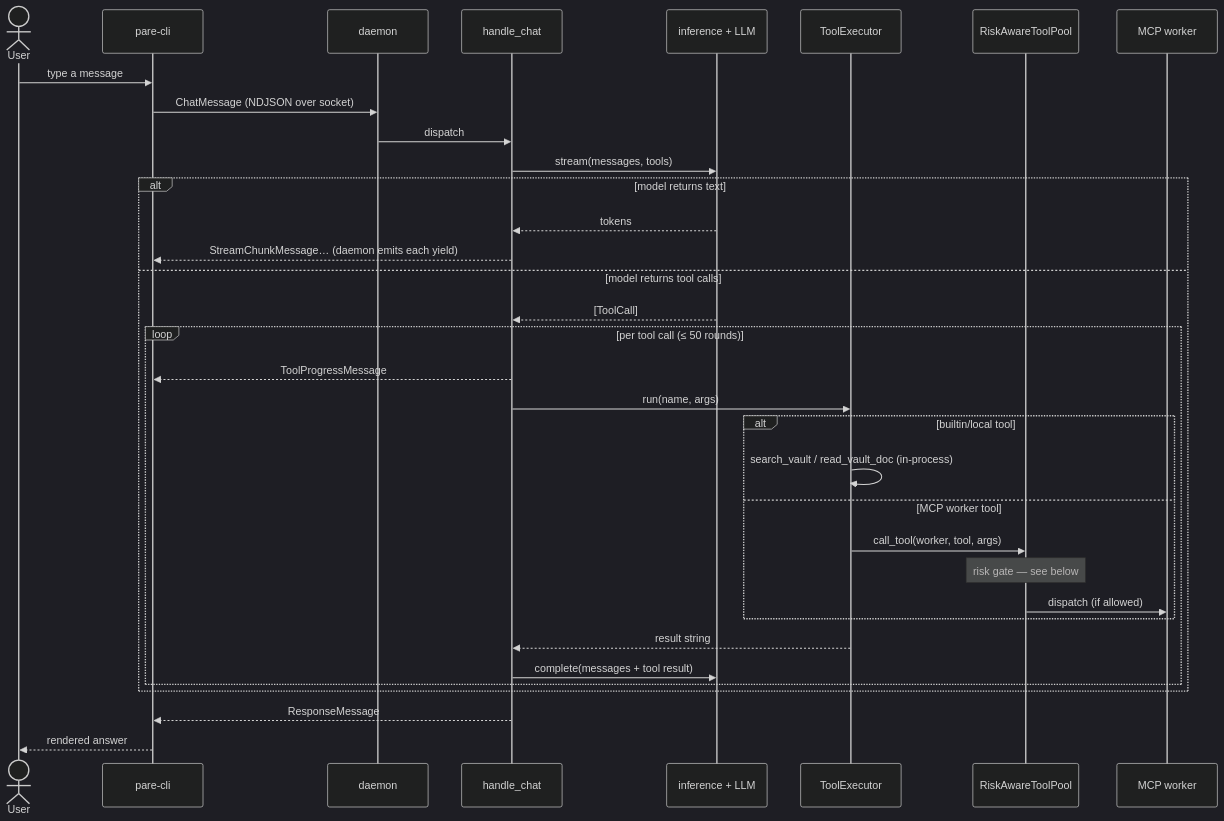
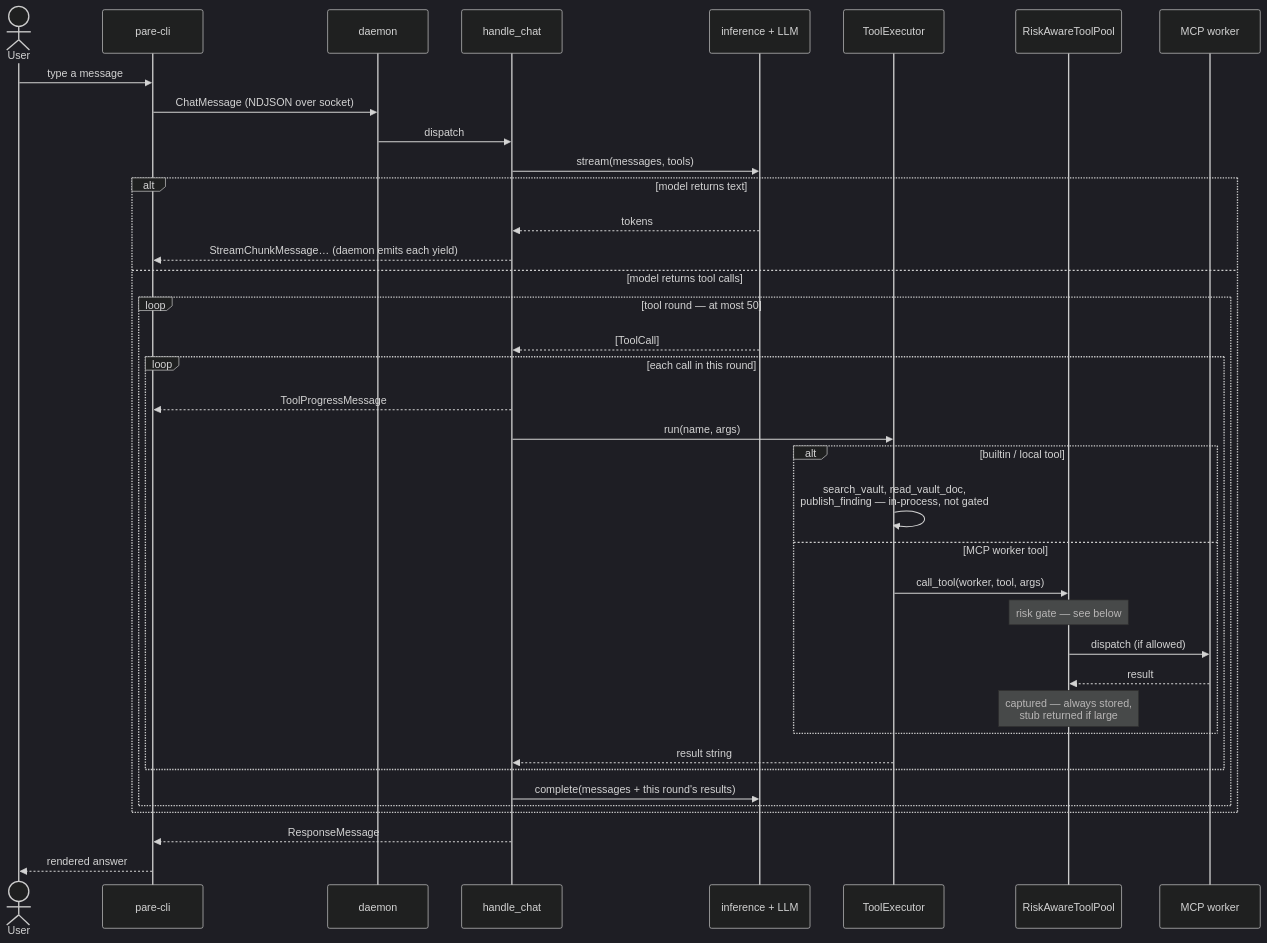
Before and after one commit to EdibleTuber/PARE: the first of 4 diagrams in ARCHITECTURE.md, drawn with Mermaid (dark theme). The commit also changed other lines of this file, not shown here.

First line of the commit message:
docs(architecture): make the diagrams true

````diff
--- a/ARCHITECTURE.md
+++ b/ARCHITECTURE.md
@@ -21,37 +27,41 @@
 ```mermaid
 sequenceDiagram
     actor User
     participant CLI as pare-cli
     participant D as daemon
     participant H as handle_chat
     participant INF as inference + LLM
     participant TE as ToolExecutor
     participant RP as RiskAwareToolPool
     participant W as MCP worker
 
     User->>CLI: type a message
     CLI->>D: ChatMessage (NDJSON over socket)
     D->>H: dispatch
     H->>INF: stream(messages, tools)
     alt model returns text
         INF-->>H: tokens
         H-->>CLI: StreamChunkMessage… (daemon emits each yield)
     else model returns tool calls
-        INF-->>H: [ToolCall]
-        loop per tool call (≤ 50 rounds)
-            H-->>CLI: ToolProgressMessage
-            H->>TE: run(name, args)
-            alt builtin/local tool
-                TE->>TE: search_vault / read_vault_doc (in-process)
-            else MCP worker tool
-                TE->>RP: call_tool(worker, tool, args)
-                Note over RP: risk gate — see below
-                RP->>W: dispatch (if allowed)
+        loop tool round — at most 50
+            INF-->>H: [ToolCall]
+            loop each call in this round
+                H-->>CLI: ToolProgressMessage
+                H->>TE: run(name, args)
+                alt builtin / local tool
+                    TE->>TE: search_vault, read_vault_doc,<br/>publish_finding — in-process, not gated
+                else MCP worker tool
+                    TE->>RP: call_tool(worker, tool, args)
+                    Note over RP: risk gate — see below
+                    RP->>W: dispatch (if allowed)
+                    W-->>RP: result
+                    Note over RP: captured — always stored,<br/>stub returned if large
+                end
+                TE-->>H: result string
             end
-            TE-->>H: result string
-            H->>INF: complete(messages + tool result)
+            H->>INF: complete(messages + this round's results)
         end
     end
     H-->>CLI: ResponseMessage
     CLI-->>User: rendered answer
 ```
````
